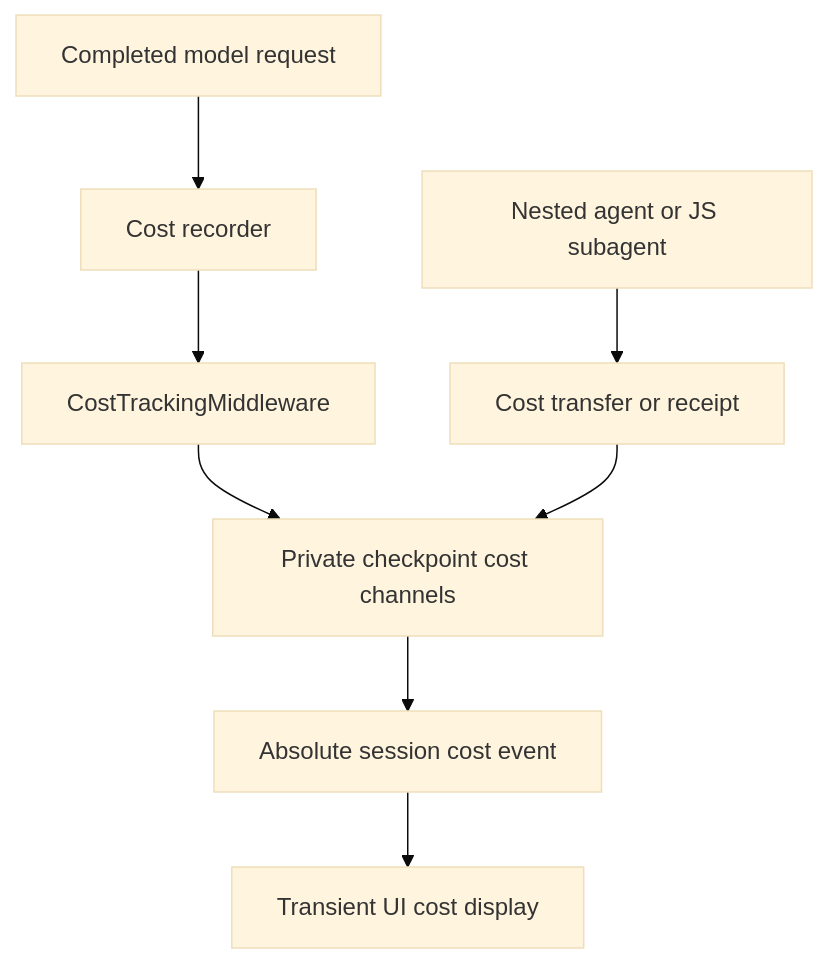
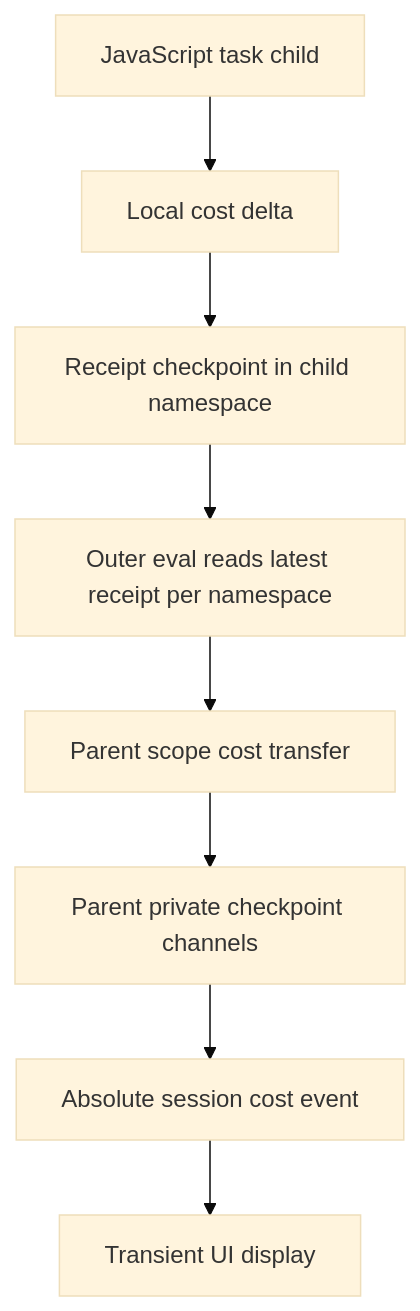
The first of 3 diagrams in openwiki/operations/cost-and-sessions.md (langchain-ai/deepagents), drawn with Mermaid (base theme) before and after one commit. The commit also changed other lines of this file and 29 other files, not shown here.

````diff
--- a/openwiki/operations/cost-and-sessions.md
+++ b/openwiki/operations/cost-and-sessions.md
@@ -53,10 +57,10 @@
 ```mermaid
 flowchart TD
-    Model["Completed model request"] --> Recorder["Cost recorder"]
-    Recorder --> Middleware["CostTrackingMiddleware"]
-    Middleware --> Durable["Private checkpoint cost channels"]
-    Nested["Nested agent or JS subagent"] --> Transfer["Cost transfer or receipt"]
-    Transfer --> Durable
-    Durable --> Event["Absolute session cost event"]
-    Event --> UI["Transient UI cost display"]
+    Child["JavaScript task child"] --> Local["Local cost delta"]
+    Local --> Receipt["Receipt checkpoint in child namespace"]
+    Receipt --> Aggregate["Outer eval reads latest receipt per namespace"]
+    Aggregate --> Transfer["Parent scope cost transfer"]
+    Transfer --> Ledger["Parent private checkpoint channels"]
+    Ledger --> Event["Absolute session cost event"]
+    Event --> UI["Transient UI display"]
 ```
````
